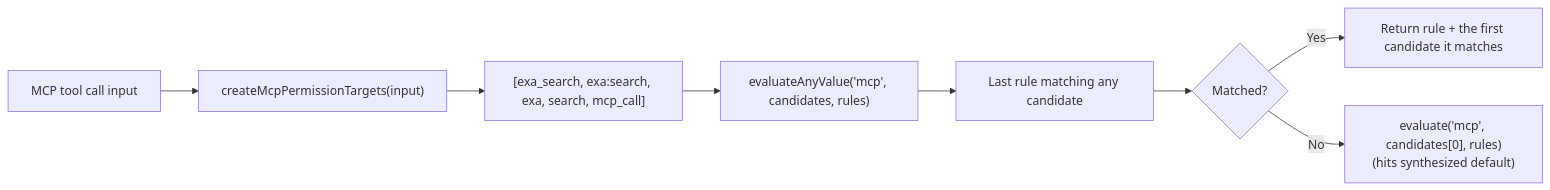
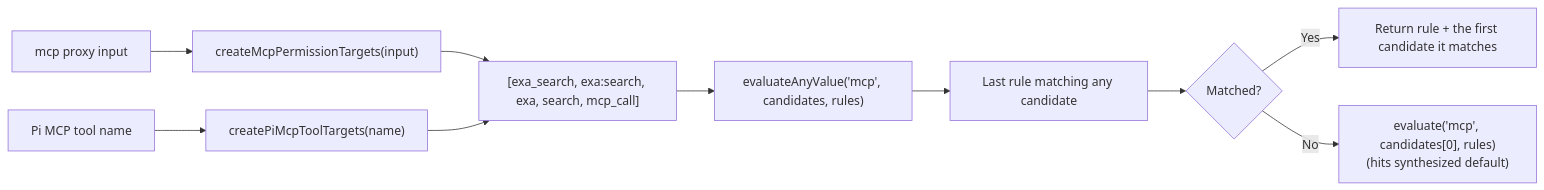
The second of 4 diagrams in packages/pi-permission-system/docs/architecture/architecture.md (44madfire/pi-packages), drawn with Mermaid before and after one commit. The commit also changed other lines of this file and 4 other files, not shown here.

First line of the commit message:
docs(pi-permission-system): document Pi MCP tools on the mcp surface and the top-level key port

````diff
--- a/packages/pi-permission-system/docs/architecture/architecture.md
+++ b/packages/pi-permission-system/docs/architecture/architecture.md
@@ -338,10 +342,12 @@
 ```mermaid
 flowchart LR
-    Input["MCP tool call input"] --> Derive["createMcpPermissionTargets(input)"]
+    Input["mcp proxy input"] --> Derive["createMcpPermissionTargets(input)"]
+    PiName["Pi MCP tool name"] --> DerivePi["createPiMcpToolTargets(name)"]
     Derive --> Candidates["[exa_search, exa:search, exa, search, mcp_call]"]
+    DerivePi --> Candidates
     Candidates --> Eval["evaluateAnyValue('mcp', candidates, rules)"]
     Eval --> Scan["Last rule matching any candidate"]
     Scan --> Found{"Matched?"}
     Found -->|Yes| Return["Return rule + the first candidate it matches"]
     Found -->|No| Fallback["evaluate('mcp', candidates[0], rules)<br/>(hits synthesized default)"]
 ```
````
